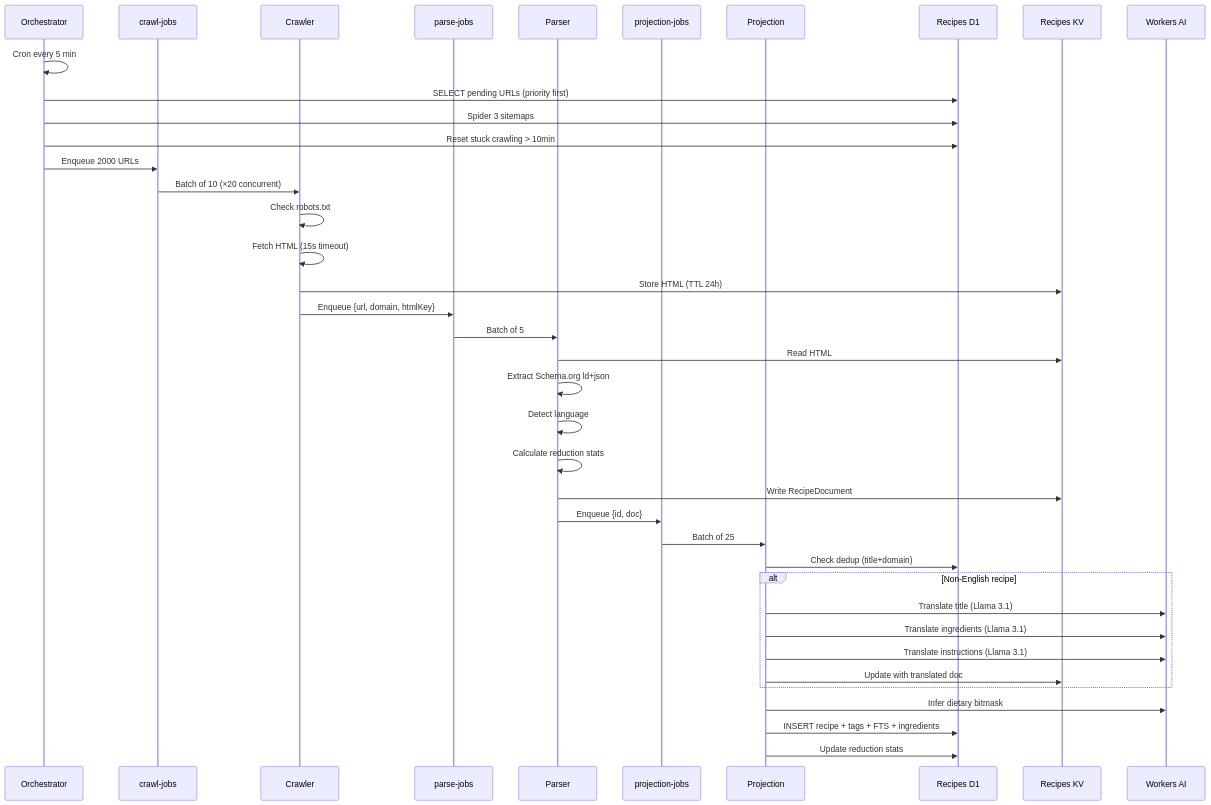
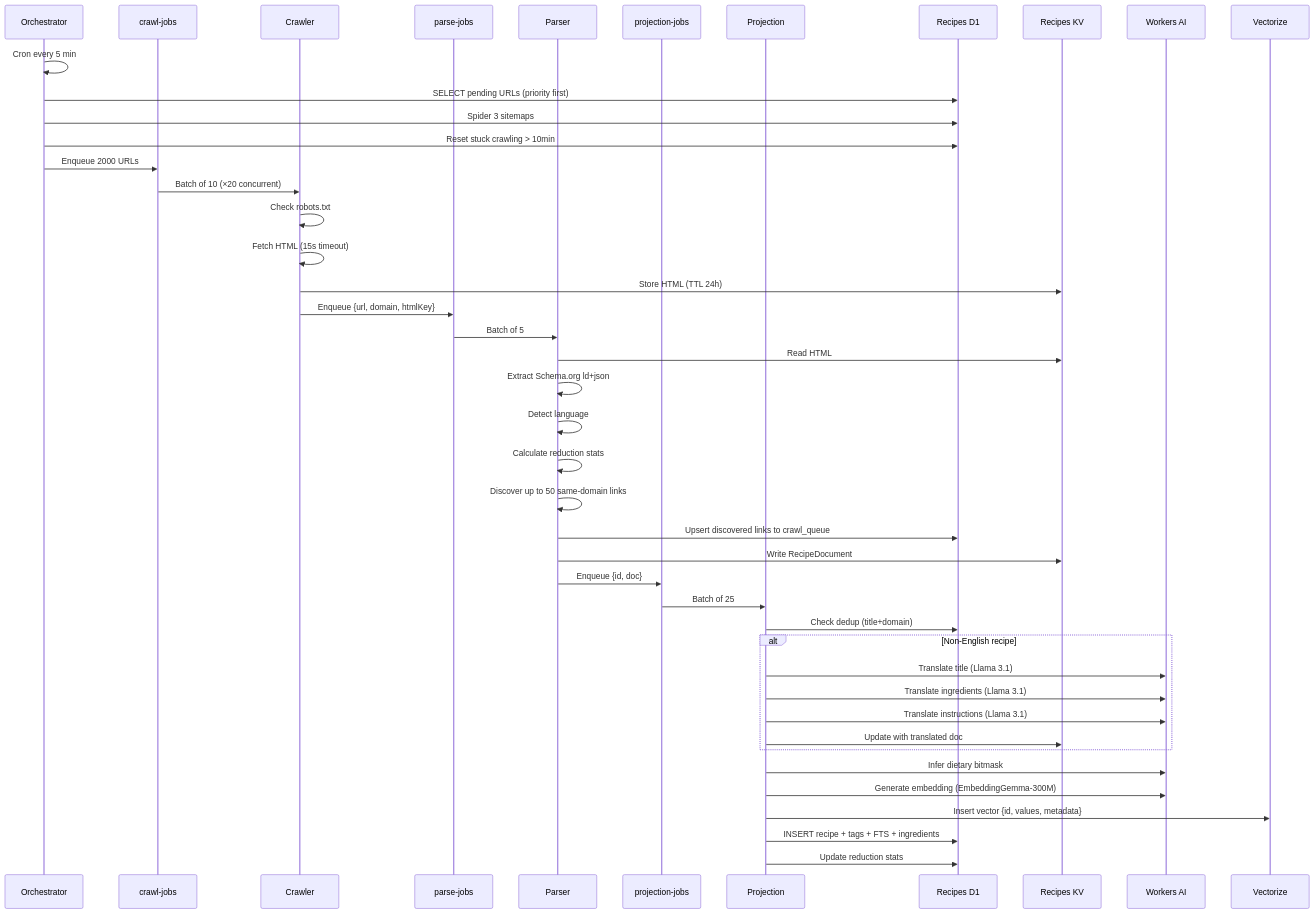
One commit to ReducedRecipes/reduced-recipes-monorepo changed the second of 6 diagrams in spec/architecture.md. Above: the diagram before and after it, drawn with Mermaid. The commit also changed other lines of this file, not shown here.

First line of the commit message:
docs: update architecture diagram with vector search, hot ranking, funding

````diff
--- a/spec/architecture.md
+++ b/spec/architecture.md
@@ -108,45 +132,50 @@
 ```mermaid
 sequenceDiagram
     participant O as Orchestrator
     participant CQ as crawl-jobs
     participant C as Crawler
     participant PQ as parse-jobs
     participant P as Parser
     participant PJQ as projection-jobs
     participant PR as Projection
     participant D1 as Recipes D1
     participant KV as Recipes KV
     participant AI as Workers AI
+    participant VEC as Vectorize
 
     O->>O: Cron every 5 min
     O->>D1: SELECT pending URLs (priority first)
     O->>D1: Spider 3 sitemaps
     O->>D1: Reset stuck crawling > 10min
     O->>CQ: Enqueue 2000 URLs
 
     CQ->>C: Batch of 10 (×20 concurrent)
     C->>C: Check robots.txt
     C->>C: Fetch HTML (15s timeout)
     C->>KV: Store HTML (TTL 24h)
     C->>PQ: Enqueue {url, domain, htmlKey}
 
     PQ->>P: Batch of 5
     P->>KV: Read HTML
     P->>P: Extract Schema.org ld+json
     P->>P: Detect language
     P->>P: Calculate reduction stats
+    P->>P: Discover up to 50 same-domain links
+    P->>D1: Upsert discovered links to crawl_queue
     P->>KV: Write RecipeDocument
     P->>PJQ: Enqueue {id, doc}
 
     PJQ->>PR: Batch of 25
     PR->>D1: Check dedup (title+domain)
     alt Non-English recipe
         PR->>AI: Translate title (Llama 3.1)
         PR->>AI: Translate ingredients (Llama 3.1)
         PR->>AI: Translate instructions (Llama 3.1)
         PR->>KV: Update with translated doc
     end
     PR->>AI: Infer dietary bitmask
+    PR->>AI: Generate embedding (EmbeddingGemma-300M)
+    PR->>VEC: Insert vector {id, values, metadata}
     PR->>D1: INSERT recipe + tags + FTS + ingredients
     PR->>D1: Update reduction stats
 ```
````
